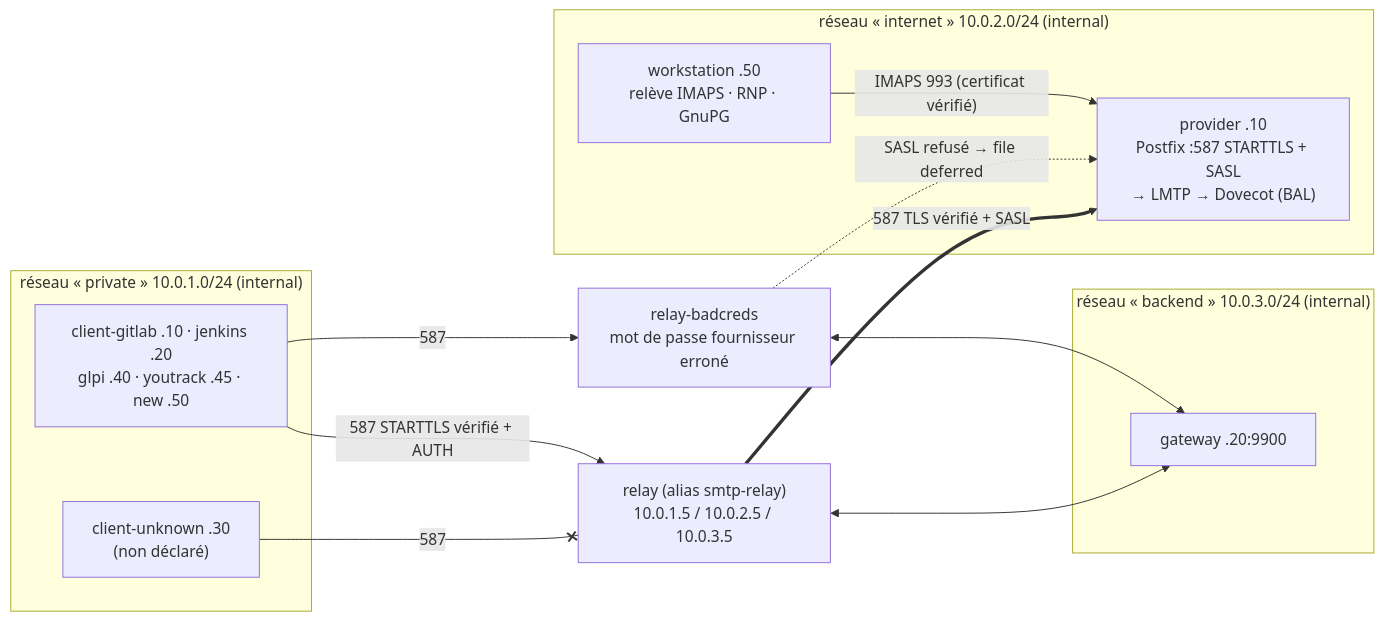
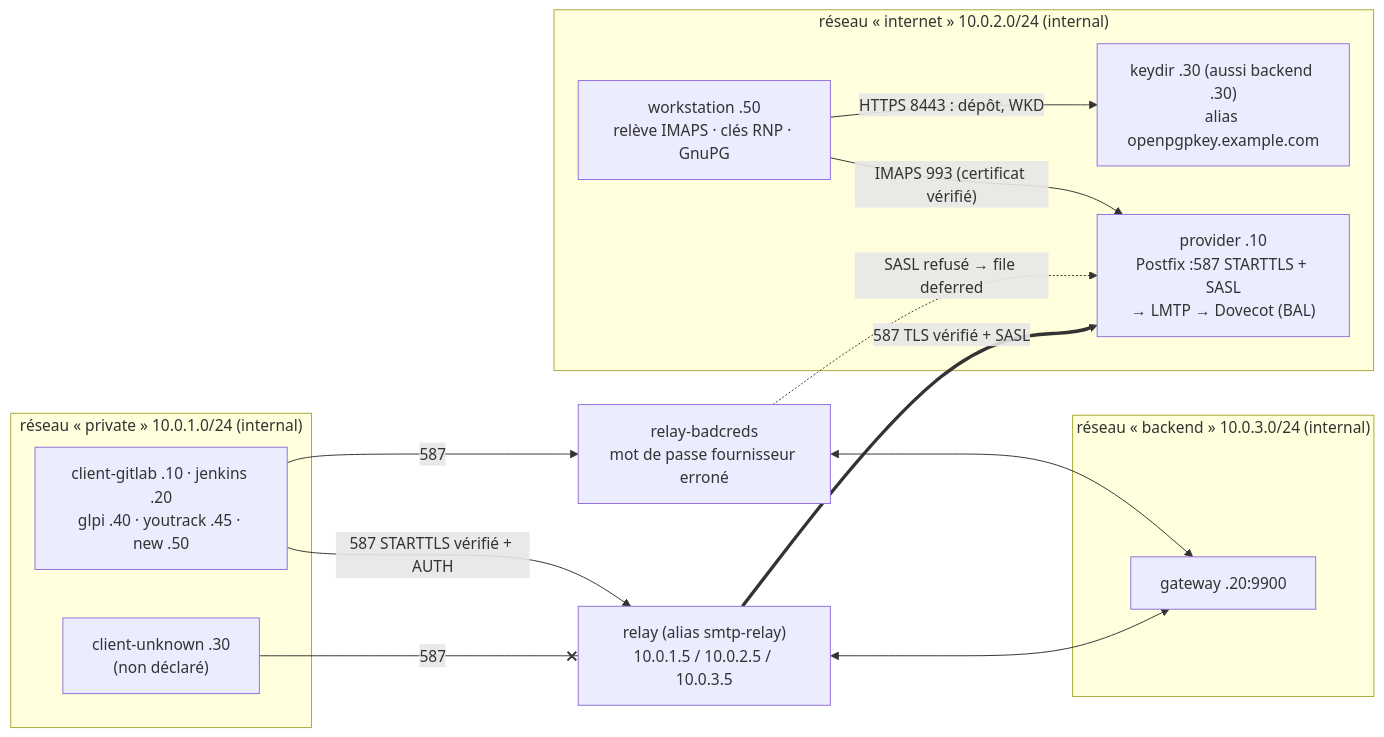
One commit to kosaar/relai-smtp changed the third of 3 diagrams in docs/architecture.md. Above: the diagram before and after it, drawn with Mermaid. The commit also changed other lines of this file and 26 other files, not shown here.

First line of the commit message:
feat: lot 2 — annuaire de clés publiques OpenPGP (keydir)

````diff
--- a/docs/architecture.md
+++ b/docs/architecture.md
@@ -103,24 +110,26 @@
 ```mermaid
 flowchart LR
     subgraph P["réseau « private » 10.0.1.0/24 (internal)"]
         C1["client-gitlab .10 · jenkins .20<br/>glpi .40 · youtrack .45 · new .50"]
         CU["client-unknown .30<br/>(non déclaré)"]
     end
     R["relay (alias smtp-relay)<br/>10.0.1.5 / 10.0.2.5 / 10.0.3.5"]
     RB["relay-badcreds<br/>mot de passe fournisseur erroné"]
     subgraph B["réseau « backend » 10.0.3.0/24 (internal)"]
         G["gateway .20:9900"]
     end
     subgraph I["réseau « internet » 10.0.2.0/24 (internal)"]
         F["provider .10<br/>Postfix :587 STARTTLS + SASL<br/>→ LMTP → Dovecot (BAL)"]
-        W["workstation .50<br/>relève IMAPS · RNP · GnuPG"]
+        W["workstation .50<br/>relève IMAPS · clés RNP · GnuPG"]
+        K["keydir .30 (aussi backend .30)<br/>alias openpgpkey.example.com"]
     end
     C1 -- "587 STARTTLS vérifié + AUTH" --> R
     CU -- "587" --x R
     C1 -- "587" --> RB
     R <--> G
     RB <--> G
     R == "587 TLS vérifié + SASL" ==> F
     RB -. "SASL refusé → file deferred" .-> F
     W -- "IMAPS 993 (certificat vérifié)" --> F
+    W -- "HTTPS 8443 : dépôt, WKD" --> K
 ```
````
